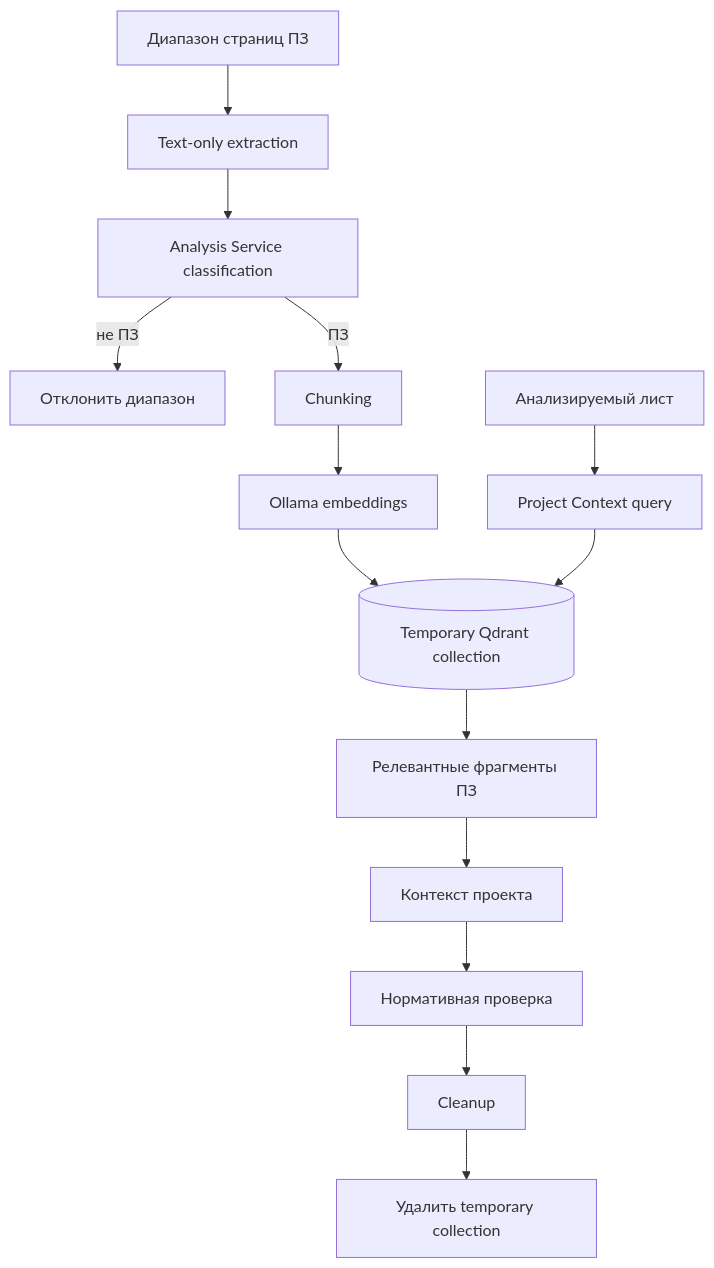
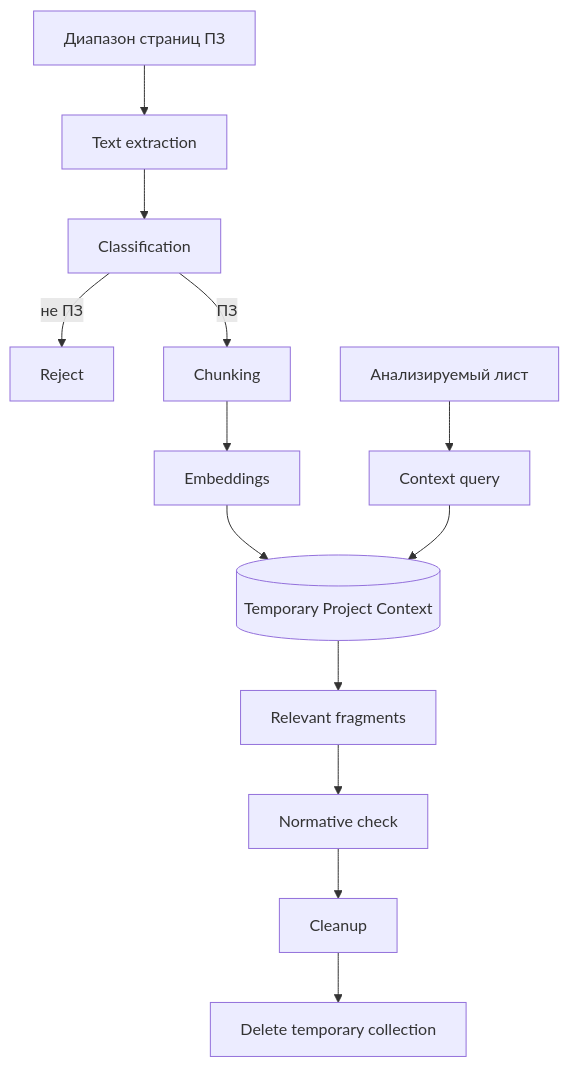
Before and after one commit to Amadu-A/PDRD-validation: the seventh of 8 diagrams in README.md, drawn with Mermaid. The commit also changed other lines of this file and 7 other files, not shown here.

````diff
--- a/README.md
+++ b/README.md
@@ -177,21 +461,15 @@
 ```mermaid
 flowchart TD
-    RANGE[Диапазон страниц ПЗ] --> TEXT[Text-only extraction]
-    TEXT --> VALID[Analysis Service classification]
-
-    VALID -->|не ПЗ| REJECT[Отклонить диапазон]
+    RANGE[Диапазон страниц ПЗ] --> TEXT[Text extraction]
+    TEXT --> VALID[Classification]
+    VALID -->|не ПЗ| REJECT[Reject]
     VALID -->|ПЗ| CHUNK[Chunking]
-
-    CHUNK --> EMB[Ollama embeddings]
-    EMB --> TEMP[(Temporary Qdrant collection)]
-
-    PAGE[Анализируемый лист] --> QUERY[Project Context query]
+    CHUNK --> EMB[Embeddings]
+    EMB --> TEMP[(Temporary Project Context)]
+    PAGE[Анализируемый лист] --> QUERY[Context query]
     QUERY --> TEMP
-    TEMP --> SOURCES[Релевантные фрагменты ПЗ]
-
-    SOURCES --> AUG[Контекст проекта]
-    AUG --> NORM[Нормативная проверка]
-
-    NORM --> CLEAN[Cleanup]
-    CLEAN --> DELETE[Удалить temporary collection]
+    TEMP --> SOURCES[Relevant fragments]
+    SOURCES --> CHECK[Normative check]
+    CHECK --> CLEAN[Cleanup]
+    CLEAN --> DELETE[Delete temporary collection]
 ```
````
